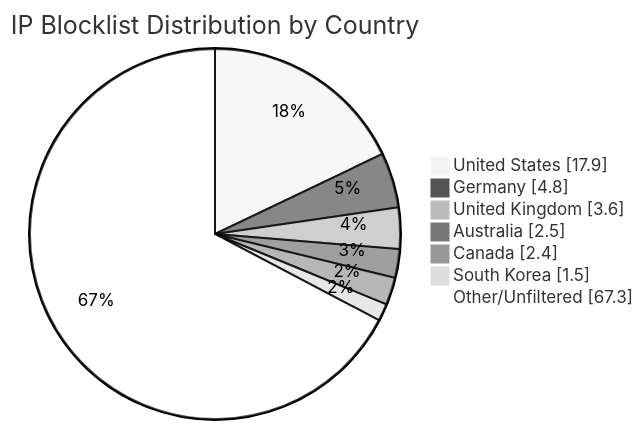
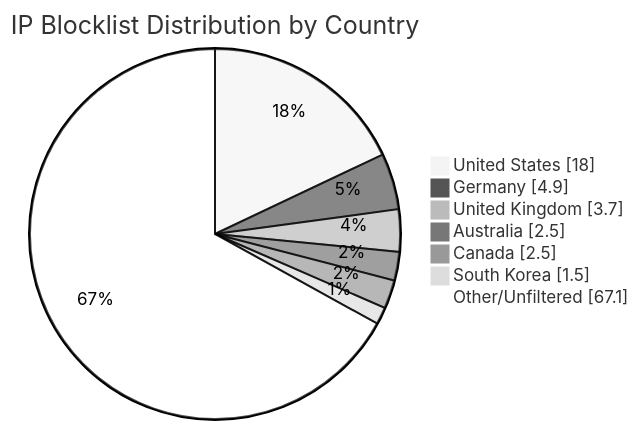
The diagram in README.md (MarcusHoltz/ipblocklist-geofiltered-aggregator), drawn with Mermaid (neutral theme) before and after one commit. The commit also changed other lines of this file and 9 other files, not shown here.

````diff
--- a/README.md
+++ b/README.md
@@ -34,10 +34,10 @@
 ```mermaid
 pie showData title IP Blocklist Distribution by Country
-"United States" : 17.9
-"Germany" : 4.8
-"United Kingdom" : 3.6
+"United States" : 18.0
+"Germany" : 4.9
+"United Kingdom" : 3.7
 "Australia" : 2.5
-"Canada" : 2.4
+"Canada" : 2.5
 "South Korea" : 1.5
-"Other/Unfiltered" : 67.3
+"Other/Unfiltered" : 67.1
 ```
````
